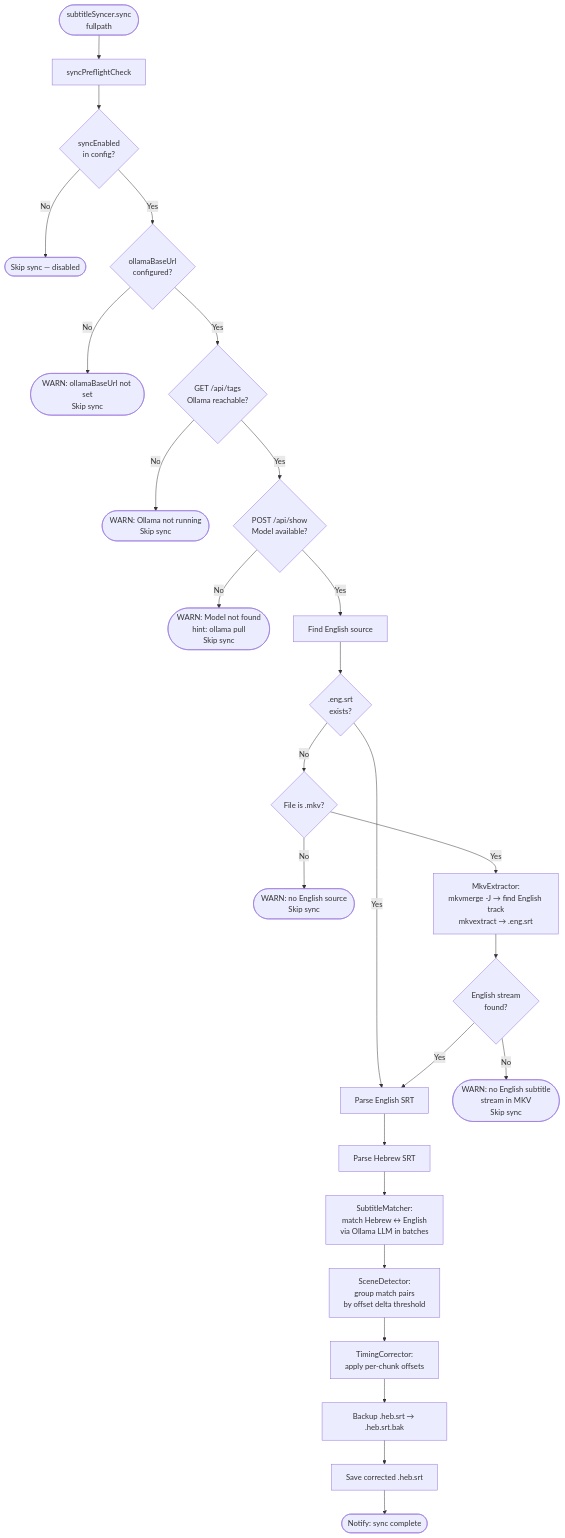
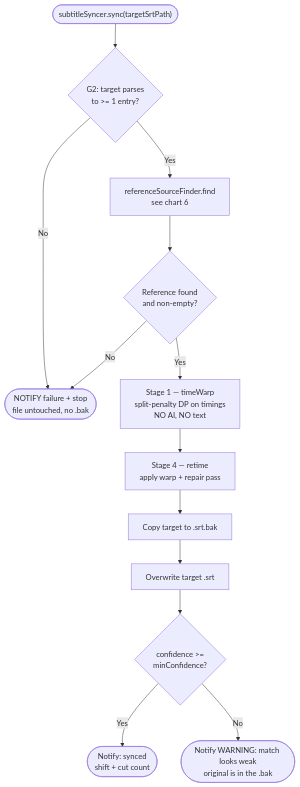
Before and after one commit to yoavain/screwzira-subtitle-downloader: the fifth of 8 diagrams in docs/flow-charts.md, drawn with Mermaid. The commit also changed other lines of this file and 38 other files, not shown here.

````diff
--- a/docs/flow-charts.md
+++ b/docs/flow-charts.md
@@ -96,28 +111,15 @@
 ```mermaid
 flowchart TD
-    A([subtitleSyncer.sync\nfullpath]) --> B[syncPreflightCheck]
-    B --> C{syncEnabled\nin config?}
-    C -- No --> C1([Skip sync — disabled])
-    C -- Yes --> D{ollamaBaseUrl\nconfigured?}
-    D -- No --> D1([WARN: ollamaBaseUrl not set\nSkip sync])
-    D -- Yes --> E{GET /api/tags\nOllama reachable?}
-    E -- No --> E1([WARN: Ollama not running\nSkip sync])
-    E -- Yes --> F{POST /api/show\nModel available?}
-    F -- No --> F1([WARN: Model not found\nhint: ollama pull\nSkip sync])
-    F -- Yes --> G[Find English source]
-    G --> H{.eng.srt\nexists?}
-    H -- Yes --> K[Parse English SRT]
-    H -- No --> I{File is .mkv?}
-    I -- No --> I1([WARN: no English source\nSkip sync])
-    I -- Yes --> J[MkvExtractor:\nmkvmerge -J → find English track\nmkvextract → .eng.srt]
-    J --> J1{English stream\nfound?}
-    J1 -- No --> J2([WARN: no English subtitle\nstream in MKV\nSkip sync])
-    J1 -- Yes --> K
-    K --> L[Parse Hebrew SRT]
-    L --> M[SubtitleMatcher:\nmatch Hebrew ↔ English\nvia Ollama LLM in batches]
-    M --> N[SceneDetector:\ngroup match pairs\nby offset delta threshold]
-    N --> O[TimingCorrector:\napply per-chunk offsets]
-    O --> P[Backup .heb.srt → .heb.srt.bak]
-    P --> Q[Save corrected .heb.srt]
-    Q --> R([Notify: sync complete])
+    A(["subtitleSyncer.sync(targetSrtPath)"]) --> G2{G2: target parses<br/>to >= 1 entry?}
+    G2 -- No --> W([NOTIFY failure + stop<br/>file untouched, no .bak])
+    G2 -- Yes --> G3[referenceSourceFinder.find<br/>see chart 6]
+    G3 --> G3a{Reference found<br/>and non-empty?}
+    G3a -- No --> W
+    G3a -- Yes --> S1["Stage 1 — timeWarp<br/>split-penalty DP on timings<br/>NO AI, NO text"]
+    S1 --> S4["Stage 4 — retime<br/>apply warp + repair pass"]
+    S4 --> B[Copy target to .srt.bak]
+    B --> C[Overwrite target .srt]
+    C --> D{confidence >=<br/>minConfidence?}
+    D -- Yes --> E([Notify: synced<br/>shift + cut count])
+    D -- No --> F([Notify WARNING: match looks weak<br/>original is in the .bak])
 ```
````
